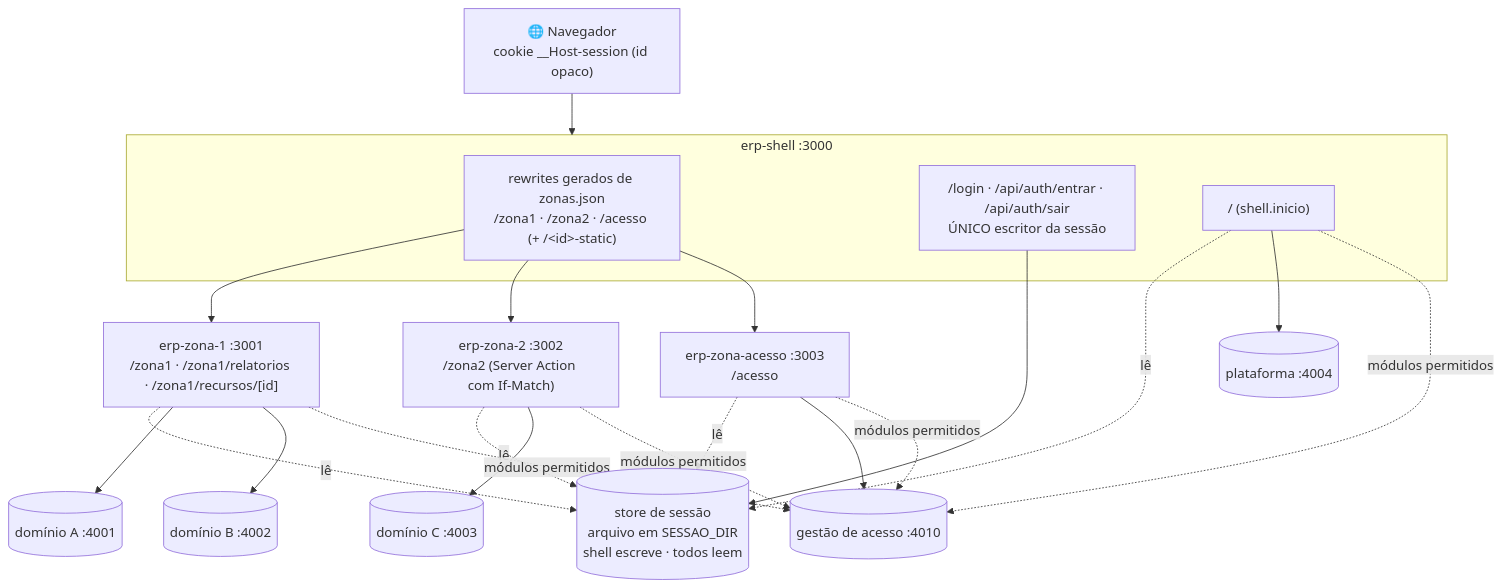
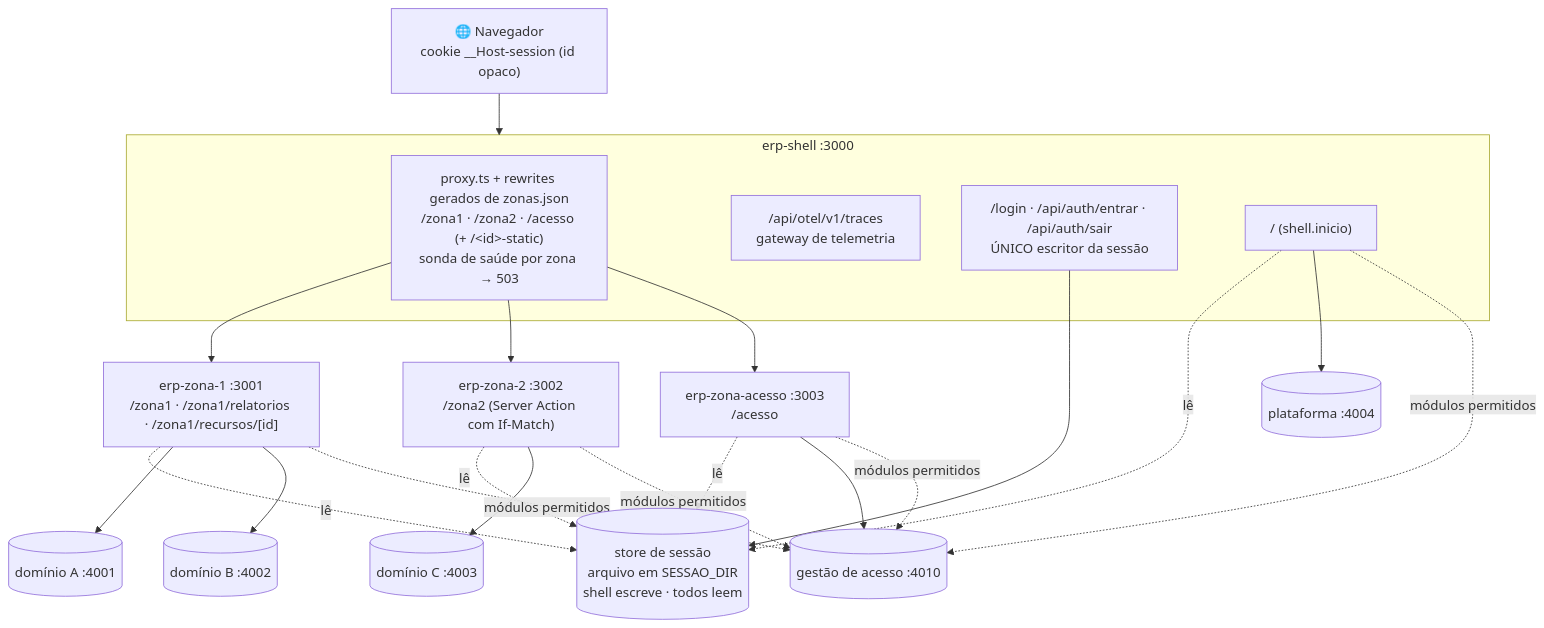
The first of 5 diagrams in docs/arquitetura/atual.md (ArtroxGabriel/nextjs-mfe), drawn with Mermaid before and after one commit. The commit also changed other lines of this file and 32 other files, not shown here.

````diff
--- a/docs/arquitetura/atual.md
+++ b/docs/arquitetura/atual.md
@@ -15,30 +15,31 @@
 ```mermaid
 flowchart TB
     B["🌐 Navegador<br/>cookie __Host-session (id opaco)"]
 
     subgraph SHELL["erp-shell :3000"]
-        GW["rewrites gerados de zonas.json<br/>/zona1 · /zona2 · /acesso (+ /&lt;id&gt;-static)"]
+        GW["proxy.ts + rewrites gerados de zonas.json<br/>/zona1 · /zona2 · /acesso (+ /&lt;id&gt;-static)<br/>sonda de saúde por zona → 503"]
+        OT["/api/otel/v1/traces<br/>gateway de telemetria"]
         AUTH["/login · /api/auth/entrar · /api/auth/sair<br/>ÚNICO escritor da sessão"]
         SH["/ (shell.inicio)"]
     end
     Z1["erp-zona-1 :3001<br/>/zona1 · /zona1/relatorios · /zona1/recursos/[id]"]
     Z2["erp-zona-2 :3002<br/>/zona2 (Server Action com If-Match)"]
     ZA["erp-zona-acesso :3003<br/>/acesso"]
 
     ST[("store de sessão<br/>arquivo em SESSAO_DIR<br/>shell escreve · todos leem")]
     DP[("plataforma :4004")]
     DA[("domínio A :4001")]
     DB[("domínio B :4002")]
     DC[("domínio C :4003")]
     GA[("gestão de acesso :4010")]
 
     B --> SHELL
     GW --> Z1 & Z2 & ZA
     AUTH --> ST
     SH & Z1 & Z2 & ZA -. lê .-> ST
     SH --> DP
     Z1 --> DA & DB
     Z2 --> DC
     ZA --> GA
     SH & Z1 & Z2 & ZA -. "módulos permitidos" .-> GA
 ```
````
